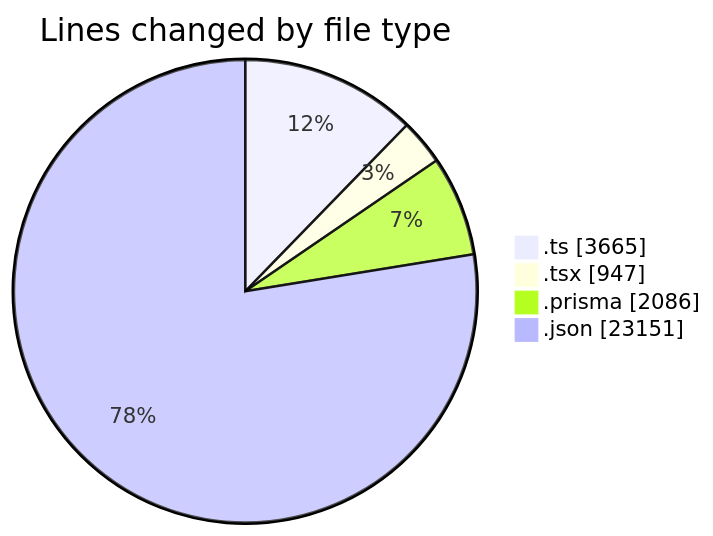
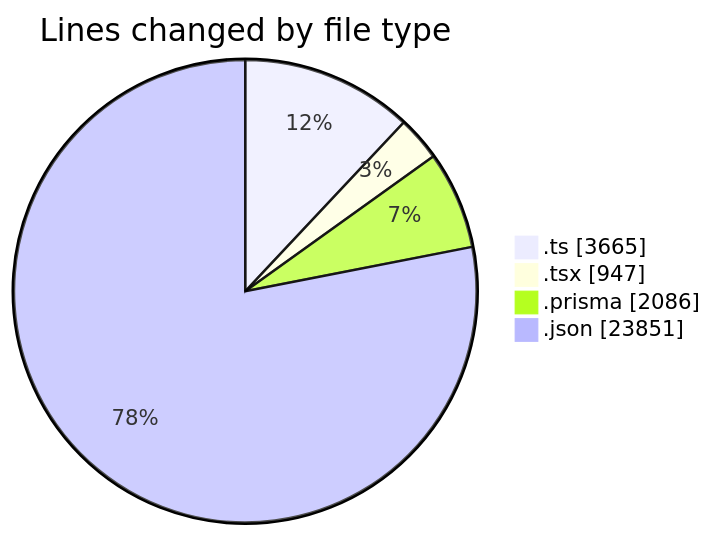
The first of 2 diagrams in 2025-05-19/ecodeli-1/README.md (CELIANVF/code-tracking), drawn with Mermaid before and after one commit. The commit also changed other lines of this file and 1 other file, not shown here.

````diff
--- a/2025-05-19/ecodeli-1/README.md
+++ b/2025-05-19/ecodeli-1/README.md
@@ -32,8 +32,8 @@
 ```mermaid
 pie showData
 title Lines changed by file type
 ".ts" : 3665
 ".tsx" : 947
 ".prisma" : 2086
-".json" : 23151
+".json" : 23851
 ```
````
